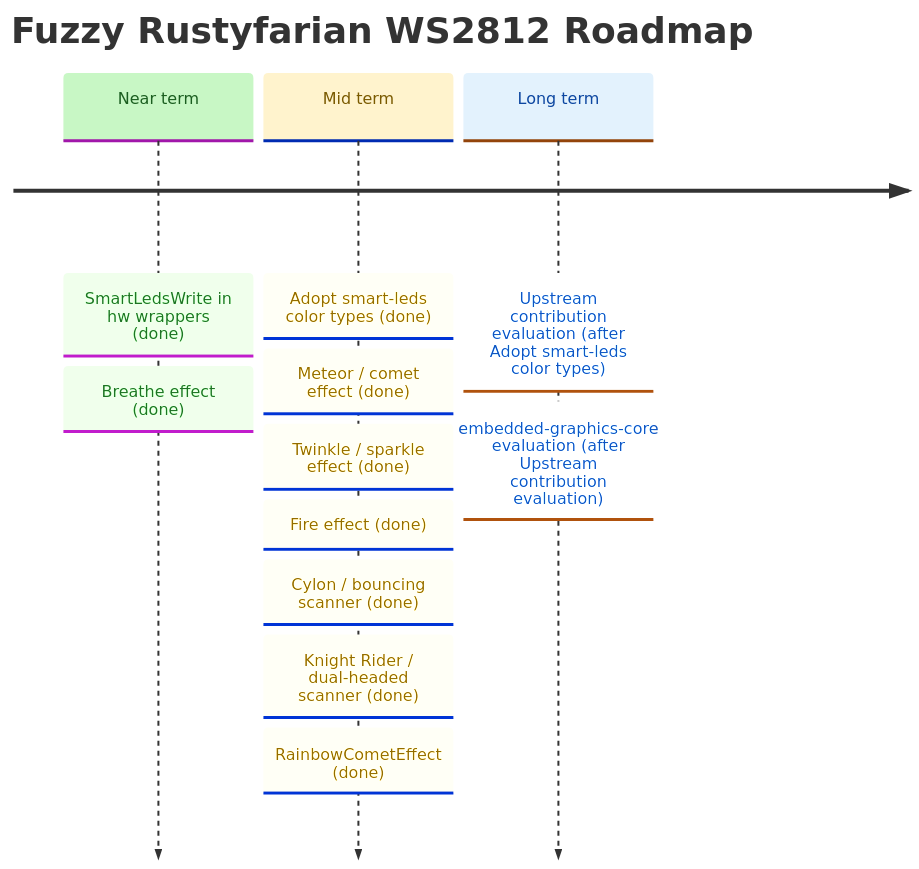
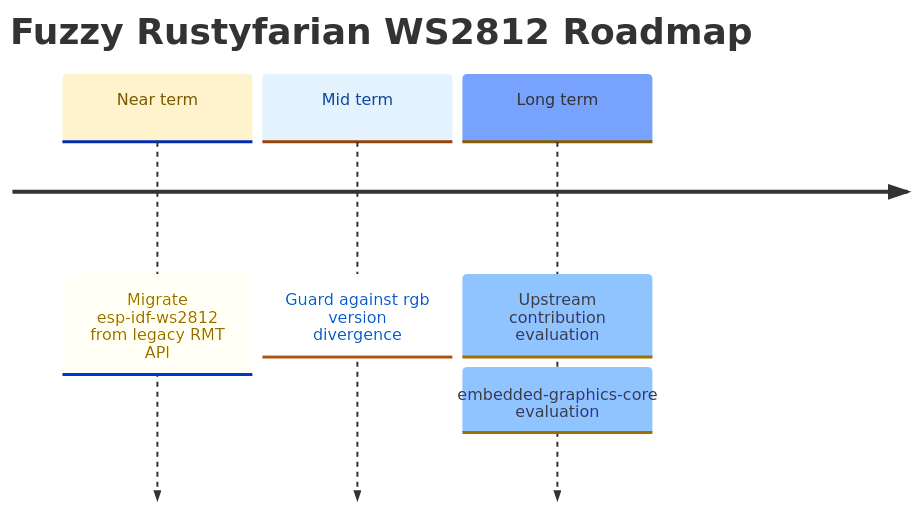
One commit to datenkollektiv/rustyfarian-ws2812 changed the diagram in docs/ROADMAP.md. Above: the diagram before and after it, drawn with Mermaid. The commit also changed other lines of this file and 1 other file, not shown here.

First line of the commit message:
Add legacy RMT API migration to roadmap

````diff
--- a/docs/ROADMAP.md
+++ b/docs/ROADMAP.md
@@ -10,30 +9,21 @@
 ```mermaid
 %%{init: {
   "theme": "base",
   "themeVariables": {
-    "cScale0": "#c8f7c5",
-    "cScaleLabel0": "#1b5e20",
-    "cScale1": "#fff3cd",
-    "cScaleLabel1": "#7a5a00",
-    "cScale2": "#e3f2fd",
-    "cScaleLabel2": "#0d47a1"
+    "cScale0": "#fff3cd",
+    "cScaleLabel0": "#7a5a00",
+    "cScale1": "#e3f2fd",
+    "cScaleLabel1": "#0d47a1"
   }
 }}%%
 
 timeline
     title Fuzzy Rustyfarian WS2812 Roadmap
 
-    Near term : SmartLedsWrite in hw wrappers (done)
-              : Breathe effect (done)
+    Near term : Migrate esp-idf-ws2812 from legacy RMT API
 
-    Mid term  : Adopt smart-leds color types (done)
-              : Meteor / comet effect (done)
-              : Twinkle / sparkle effect (done)
-              : Fire effect (done)
-              : Cylon / bouncing scanner (done)
-              : Knight Rider / dual-headed scanner (done)
-              : RainbowCometEffect (done)
+    Mid term  : Guard against rgb version divergence
 
-    Long term : Upstream contribution evaluation (after Adopt smart-leds color types)
-              : embedded-graphics-core evaluation (after Upstream contribution evaluation)
+    Long term : Upstream contribution evaluation
+              : embedded-graphics-core evaluation
 ```
````
